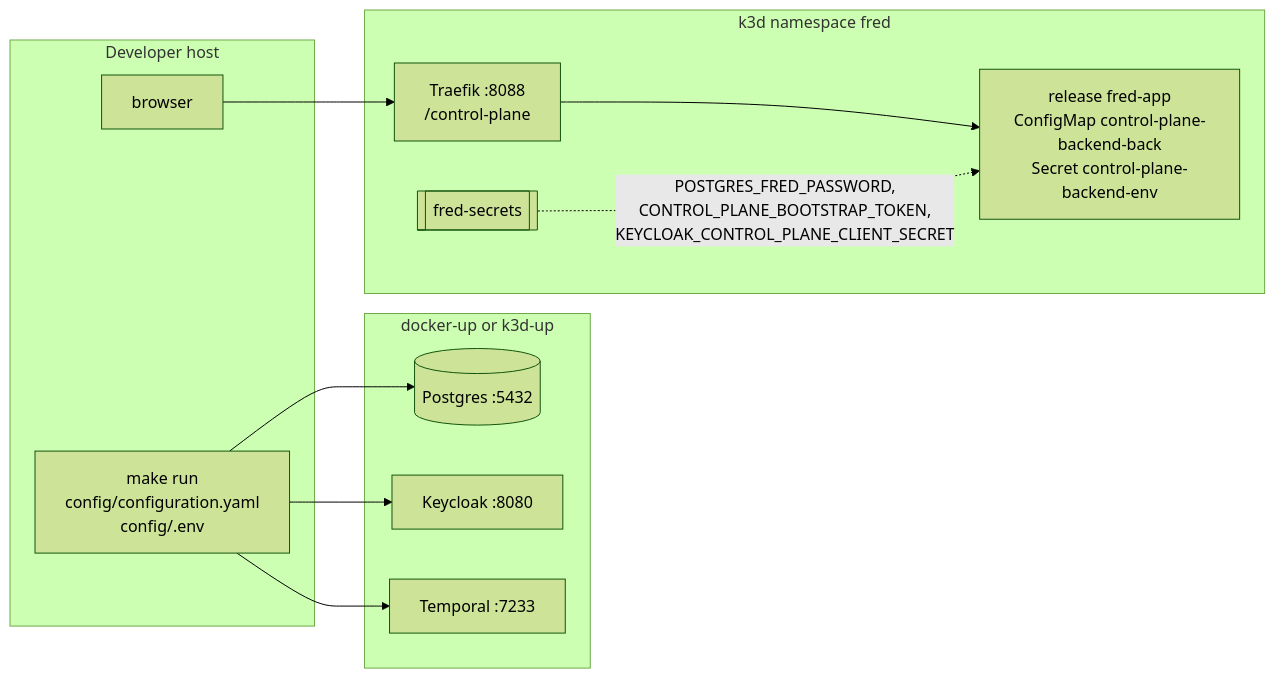
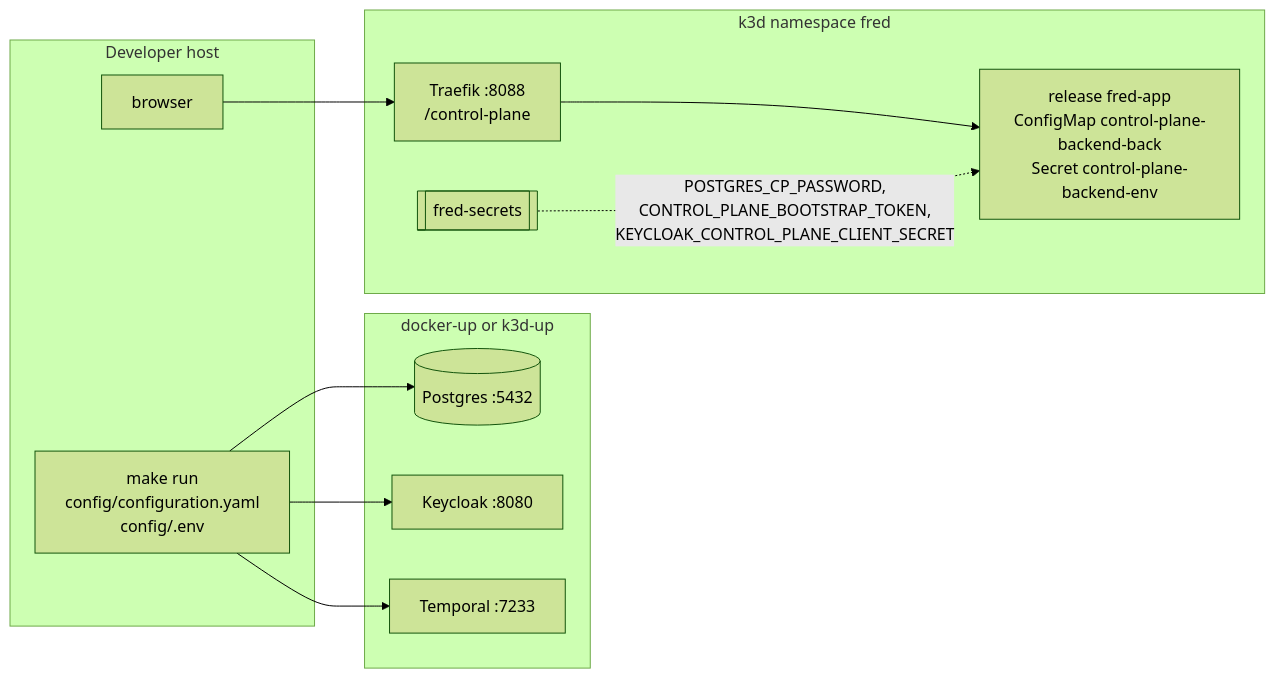
One commit to ThalesGroup/fred changed the diagram in docs/architecture/A3-manager-operations.md. Above: the diagram before and after it, drawn with Mermaid (forest theme). The commit also changed other lines of this file and 94 other files, not shown here.

````diff
--- a/docs/architecture/A3-manager-operations.md
+++ b/docs/architecture/A3-manager-operations.md
@@ -232,21 +232,21 @@
 ```mermaid
 flowchart LR
     subgraph host [Developer host]
         run["make run<br/>config/configuration.yaml<br/>config/.env"]
         browser["browser"]
     end
     subgraph infra [docker-up or k3d-up]
         pg[("Postgres :5432")]
         kc["Keycloak :8080"]
         tmp["Temporal :7233"]
     end
     subgraph cluster [k3d namespace fred]
         pod["release fred-app<br/>ConfigMap control-plane-backend-back<br/>Secret control-plane-backend-env"]
         secrets[["fred-secrets"]]
         traefik["Traefik :8088<br/>/control-plane"]
     end
     run --> pg & kc
     run --> tmp
     browser --> traefik --> pod
-    secrets -. "POSTGRES_FRED_PASSWORD,<br/>CONTROL_PLANE_BOOTSTRAP_TOKEN,<br/>KEYCLOAK_CONTROL_PLANE_CLIENT_SECRET" .-> pod
+    secrets -. "POSTGRES_CP_PASSWORD,<br/>CONTROL_PLANE_BOOTSTRAP_TOKEN,<br/>KEYCLOAK_CONTROL_PLANE_CLIENT_SECRET" .-> pod
 ```
````
